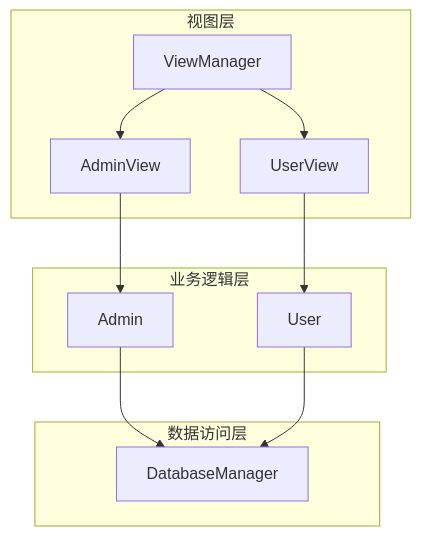
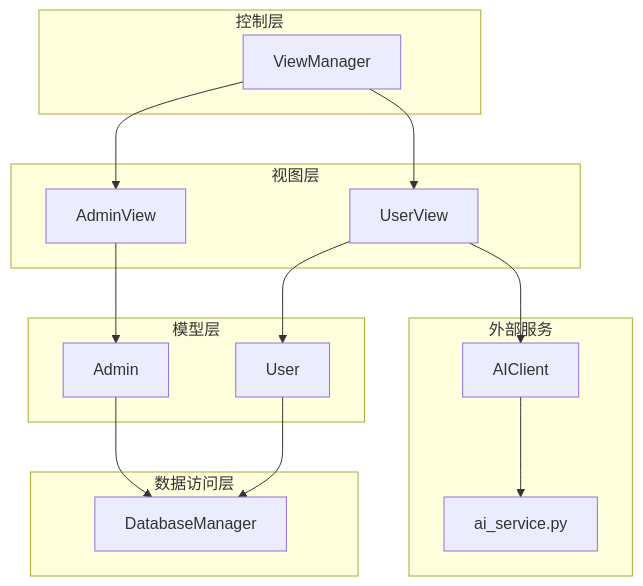
The second of 8 diagrams in .qoder/repowiki/zh/content/系统架构设计/系统架构设计.md (jinpeng900/OJ-Test), drawn with Mermaid before and after one commit. The commit also changed other lines of this file and 65 other files, not shown here.

````diff
--- a/.qoder/repowiki/zh/content/系统架构设计/系统架构设计.md
+++ b/.qoder/repowiki/zh/content/系统架构设计/系统架构设计.md
@@ -113,21 +105,29 @@
 ```mermaid
 graph TB
+subgraph "控制层"
+VM["ViewManager"]
+end
 subgraph "视图层"
-VM["ViewManager"]
 AV["AdminView"]
 UV["UserView"]
 end
-subgraph "业务逻辑层"
+subgraph "模型层"
 ADM["Admin"]
 USR["User"]
 end
 subgraph "数据访问层"
 DB["DatabaseManager"]
+end
+subgraph "外部服务"
+AI["AIClient"]
+PY["ai_service.py"]
 end
 VM --> AV
 VM --> UV
 AV --> ADM
 UV --> USR
 ADM --> DB
 USR --> DB
+UV --> AI
+AI --> PY
 ```
````
